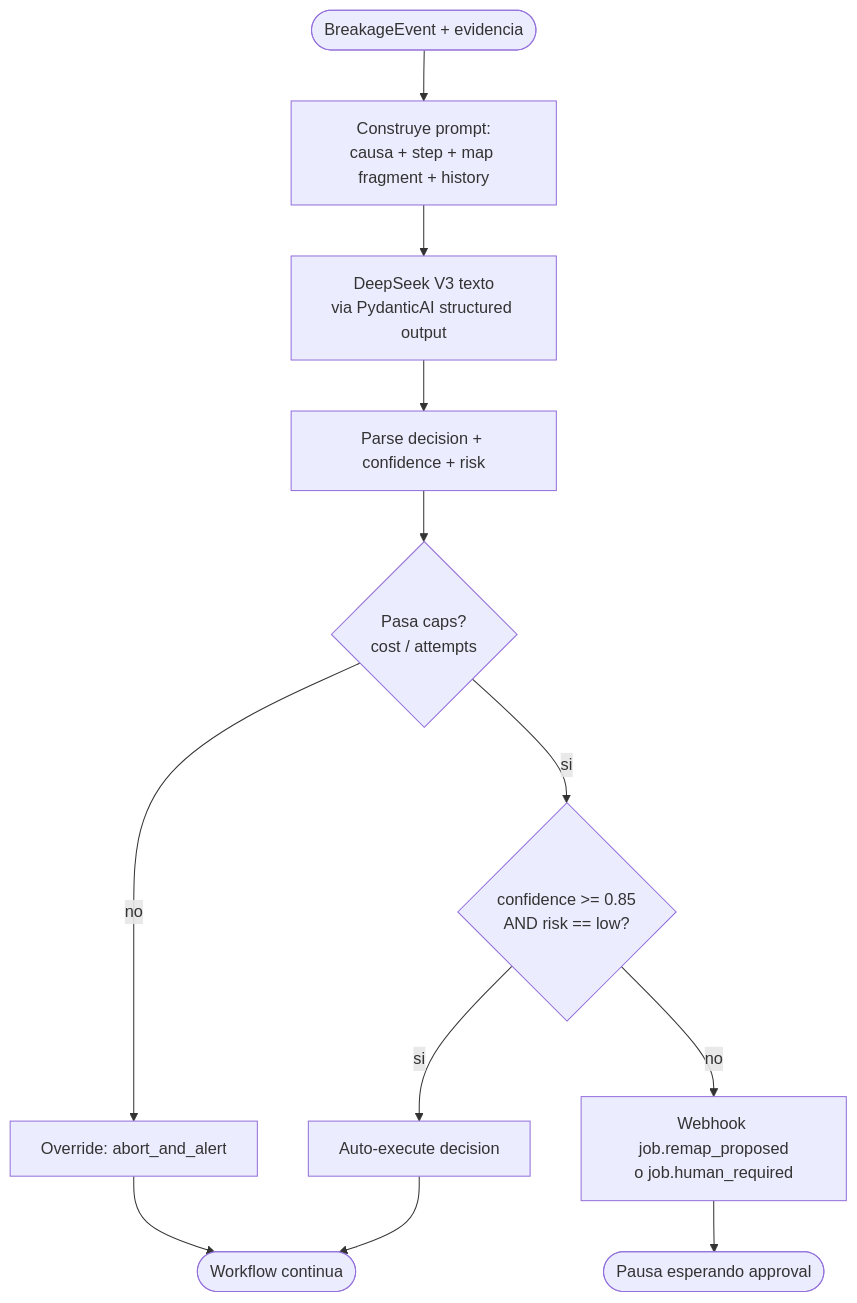
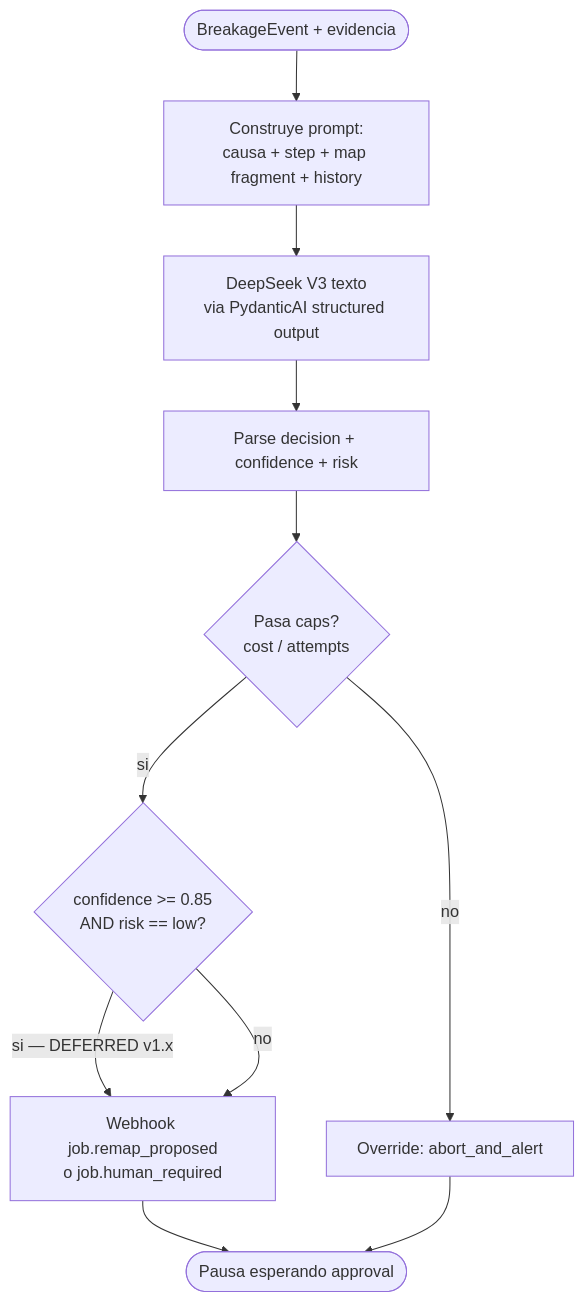
One commit to miketela/open-banca changed the first of 2 diagrams in docs/02-components/judge-agent.md. Above: the diagram before and after it, drawn with Mermaid. The commit also changed other lines of this file and 3 other files, not shown here.

First line of the commit message:
docs(p0-6): amendment ADR-0013 — v1 HITL-only, defer auto-apply to v1.x

````diff
--- a/docs/02-components/judge-agent.md
+++ b/docs/02-components/judge-agent.md
@@ -28,14 +30,13 @@
 ```mermaid
 flowchart TD
     Start([BreakageEvent + evidencia]) --> Gather[Construye prompt:\ncausa + step + map fragment + history]
     Gather --> LLM[DeepSeek V3 texto\nvia PydanticAI structured output]
     LLM --> Parse[Parse decision + confidence + risk]
     Parse --> Cap{Pasa caps?\ncost / attempts}
     Cap -->|no| ForceAbort[Override: abort_and_alert]
     Cap -->|si| Route{confidence >= 0.85\nAND risk == low?}
-    Route -->|si| Auto[Auto-execute decision]
+    Route -->|si — DEFERRED v1.x| HITL
     Route -->|no| HITL[Webhook job.remap_proposed\no job.human_required]
-    Auto --> Out([Workflow continua])
     HITL --> Wait([Pausa esperando approval])
-    ForceAbort --> Out
+    ForceAbort --> Wait
 ```
````
